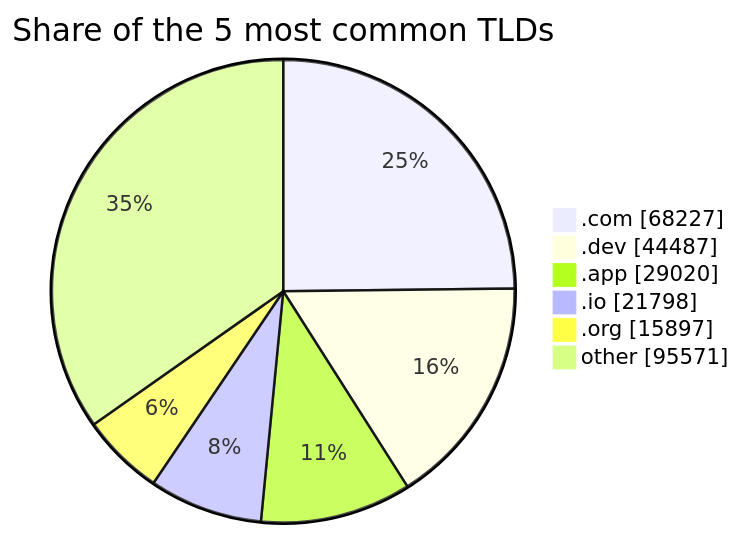
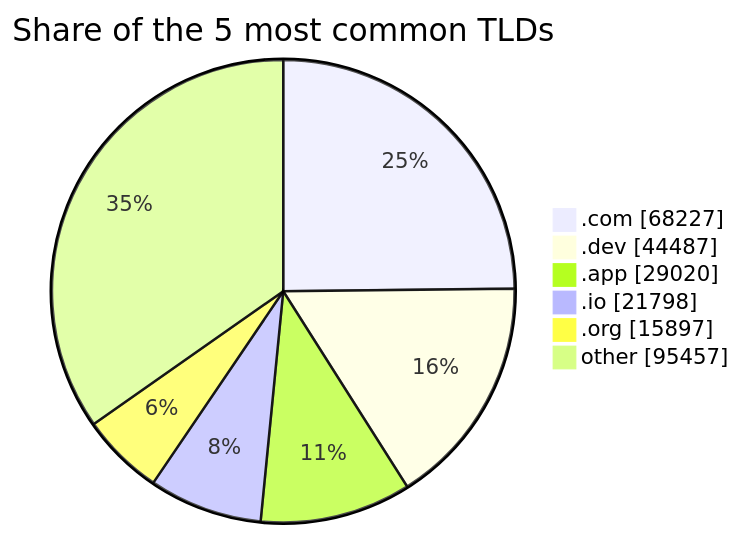
One commit to DNSBunker/CTI changed the third of 3 diagrams in README.md. Above: the diagram before and after it, drawn with Mermaid. The commit also changed other lines of this file and 3 other files, not shown here.

````diff
--- a/README.md
+++ b/README.md
@@ -81,9 +81,9 @@
 ```mermaid
 pie showData title Share of the 5 most common TLDs
     ".com" : 68227
     ".dev" : 44487
     ".app" : 29020
     ".io" : 21798
     ".org" : 15897
-    "other" : 95571
+    "other" : 95457
 ```
````
